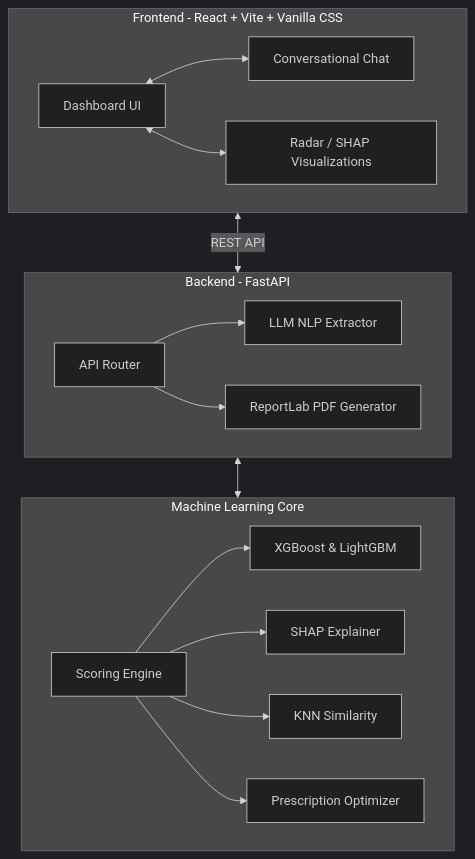
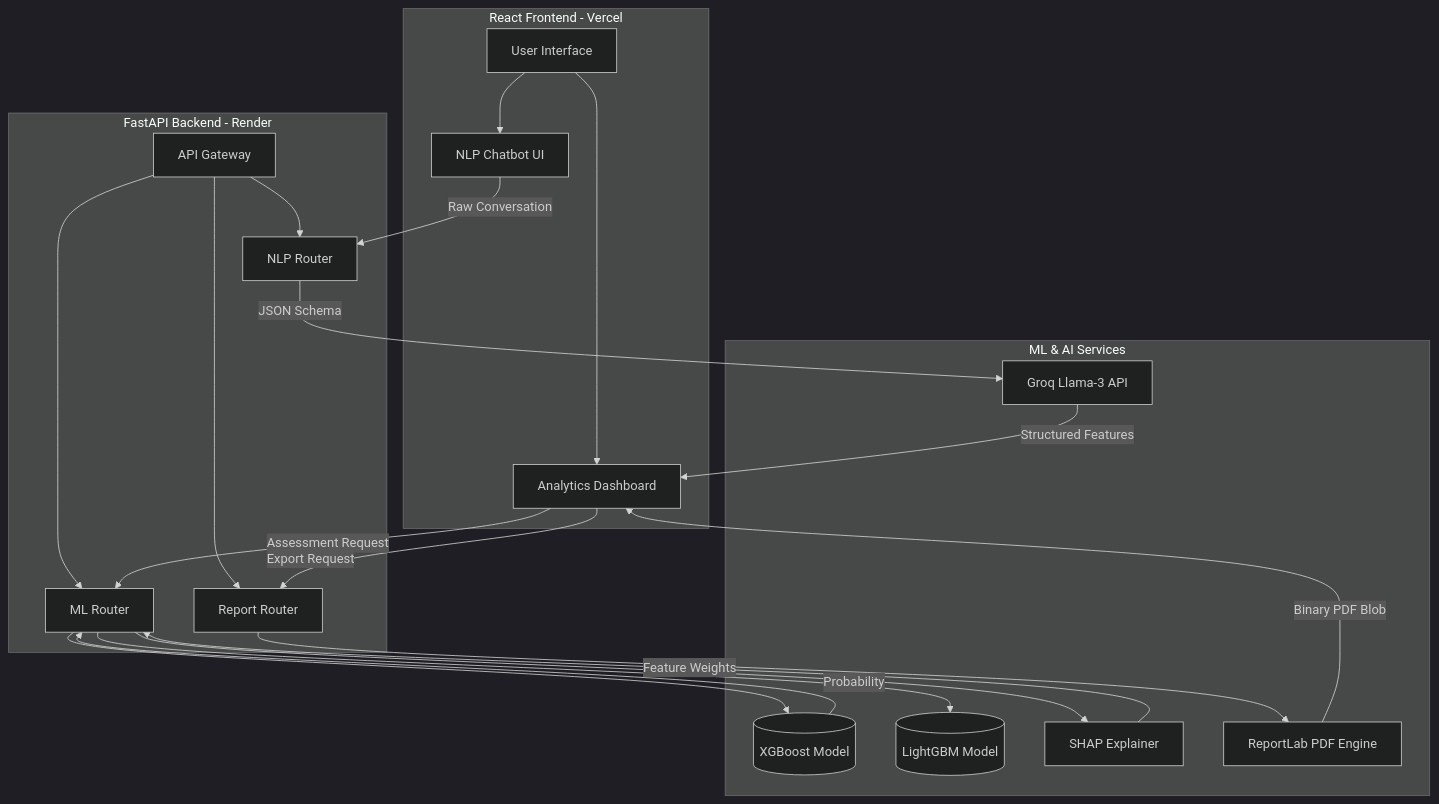
Before and after one commit to PashinP/msme-viability-assessment: the diagram in README.md, drawn with Mermaid (dark theme). The commit also changed other lines of this file and 2 other files, not shown here.

Commit message:
docs: major overhaul of README for ML recruiters with architecture and plots

````diff
--- a/README.md
+++ b/README.md
@@ -71,35 +58,48 @@
 ```mermaid
 graph TD
-    subgraph Client [Frontend - React + Vite + Vanilla CSS]
-        UI[Dashboard UI]
-        Chat[Conversational Chat]
-        Charts[Radar / SHAP Visualizations]
-        UI <--> Chat
-        UI <--> Charts
+    %% Frontend
+    subgraph Frontend [React Frontend - Vercel]
+        UI[User Interface]
+        Chat[NLP Chatbot UI]
+        Dash[Analytics Dashboard]
+        UI --> Chat
+        UI --> Dash
     end
 
-    subgraph API [Backend - FastAPI]
-        Router[API Router]
-        Agent[LLM NLP Extractor]
-        Report[ReportLab PDF Generator]
+    %% Backend
+    subgraph Backend [FastAPI Backend - Render]
+        API[API Gateway]
+        Router_NLP[NLP Router]
+        Router_ML[ML Router]
+        Router_PDF[Report Router]
         
-        Router --> Agent
-        Router --> Report
+        API --> Router_NLP
+        API --> Router_ML
+        API --> Router_PDF
     end
 
-    subgraph ML [Machine Learning Core]
-        Score[Scoring Engine]
-        XGB[XGBoost & LightGBM]
+    %% ML Engine
+    subgraph MLEngine [ML & AI Services]
+        Groq[Groq Llama-3 API]
+        XGB[(XGBoost Model)]
+        LGBM[(LightGBM Model)]
         SHAP[SHAP Explainer]
-        Sim[KNN Similarity]
-        Prescribe[Prescription Optimizer]
-        
-        Score --> XGB
-        Score --> SHAP
-        Score --> Sim
-        Score --> Prescribe
+        Report[ReportLab PDF Engine]
     end
 
-    Client <-->|REST API| API
-    API <--> ML
+    %% Flow
+    Chat -- "Raw Conversation" --> Router_NLP
+    Router_NLP -- "JSON Schema" --> Groq
+    Groq -- "Structured Features" --> Dash
+    
+    Dash -- "Assessment Request" --> Router_ML
+    Router_ML --> XGB
+    Router_ML --> LGBM
+    Router_ML --> SHAP
+    XGB -- "Probability" --> Router_ML
+    SHAP -- "Feature Weights" --> Router_ML
+    
+    Dash -- "Export Request" --> Router_PDF
+    Router_PDF --> Report
+    Report -- "Binary PDF Blob" --> Dash
 ```
````
